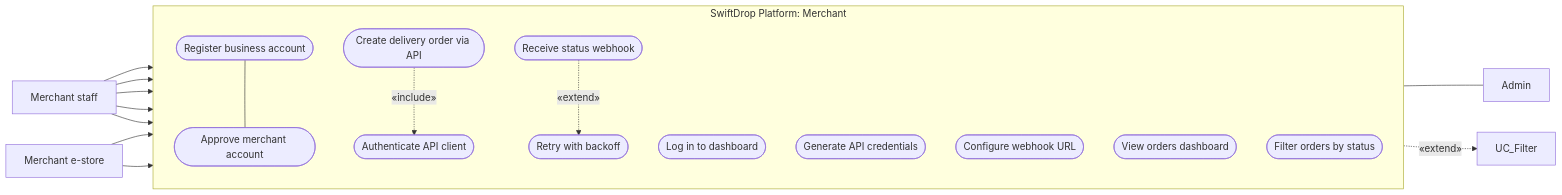
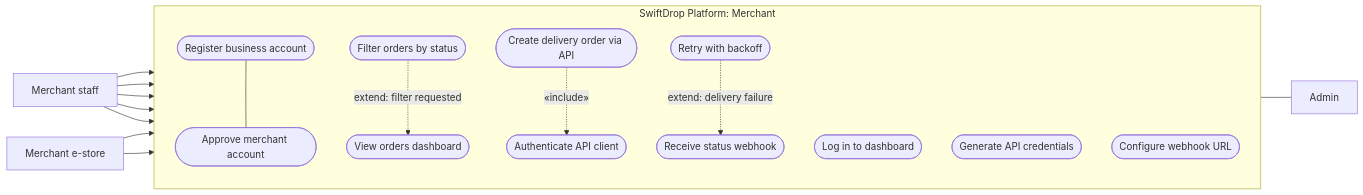
Before and after one commit to doktur-umair/swiftdrop: the second of 16 diagrams in SWIFTDROP_DESIGN_DOCUMENTATION.md, drawn with Mermaid. The commit also changed other lines of this file and 88 other files, not shown here.

````diff
--- a/SWIFTDROP_DESIGN_DOCUMENTATION.md
+++ b/SWIFTDROP_DESIGN_DOCUMENTATION.md
@@ -230,36 +222,36 @@
 ```mermaid
 flowchart LR
     MerchantStaff["Merchant staff"]
     MerchantEstore["Merchant e-store"]
     Admin["Admin"]
 
     subgraph Platform["SwiftDrop Platform: Merchant"]
         direction TB
         UC_M_Reg(["Register business account"])
         UC_M_Approve(["Approve merchant account"])
         UC_M_Login(["Log in to dashboard"])
         UC_M_GenCred(["Generate API credentials"])
         UC_M_Webhook(["Configure webhook URL"])
         UC_M_ViewOrders(["View orders dashboard"])
         UC_M_Filter(["Filter orders by status"])
         UC_M_CreateAPI(["Create delivery order via API"])
         UC_M_AuthAPI(["Authenticate API client"])
         UC_M_RecvWebhook(["Receive status webhook"])
         UC_M_Retry(["Retry with backoff"])
     end
 
     MerchantStaff --> UC_M_Reg
     MerchantStaff --> UC_M_Login
     MerchantStaff --> UC_M_GenCred
     MerchantStaff --> UC_M_Webhook
     MerchantStaff --> UC_M_ViewOrders
 
     MerchantEstore --> UC_M_CreateAPI
     MerchantEstore --> UC_M_RecvWebhook
 
     UC_M_Reg --- UC_M_Approve
     UC_M_Approve --- Admin
-    UC_M_ViewOrders -.->|«extend»| UC_Filter
+    UC_M_Filter -.->|"extend: filter requested"| UC_M_ViewOrders
     UC_M_CreateAPI -.->|«include»| UC_M_AuthAPI
-    UC_M_RecvWebhook -.->|«extend»| UC_M_Retry
+    UC_M_Retry -.->|"extend: delivery failure"| UC_M_RecvWebhook
 ```
````
